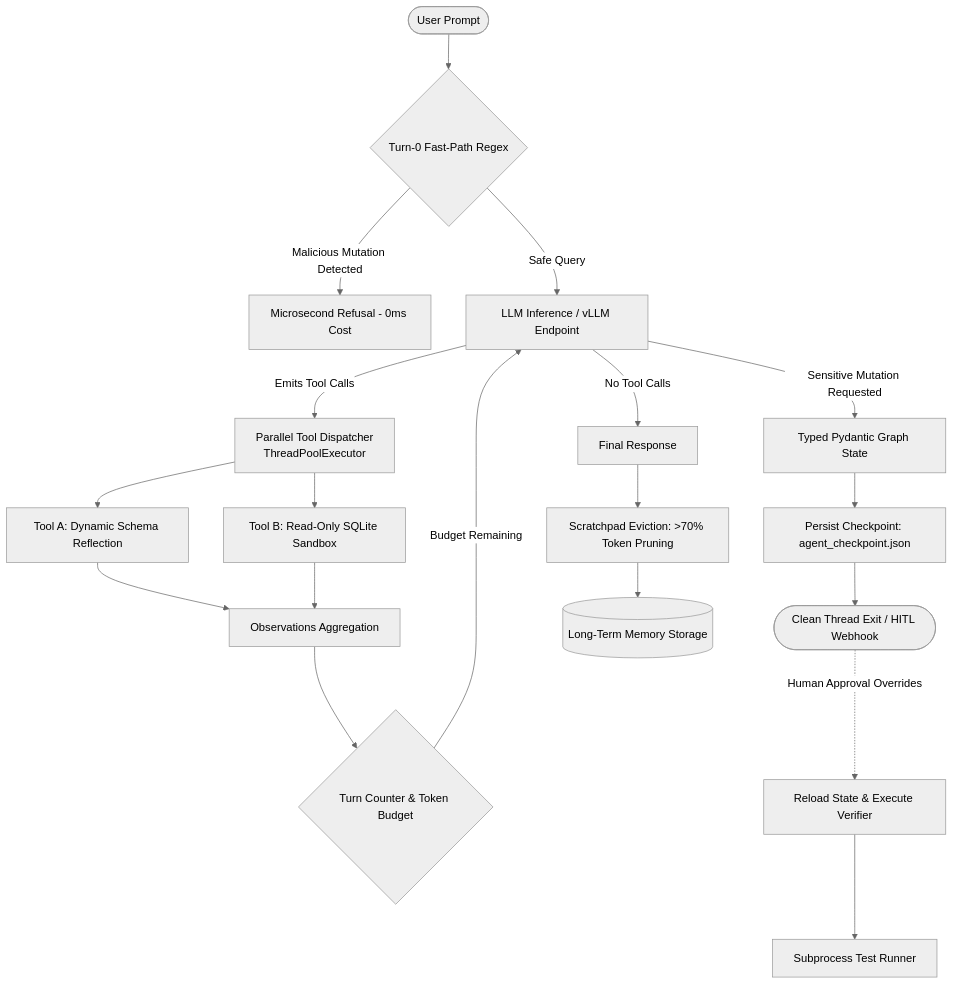
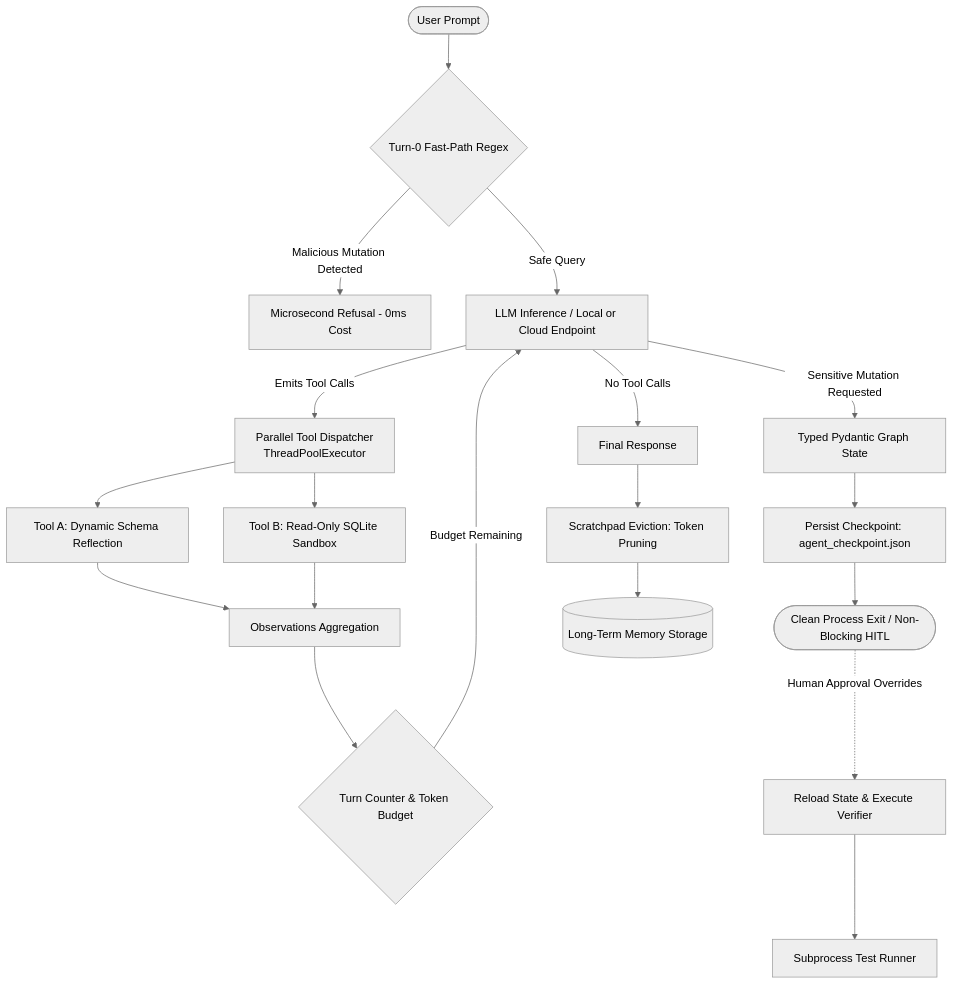
The diagram in README.md (airawatraj/minimal-agentic-ai), drawn with Mermaid (neutral theme) before and after one commit. The commit also changed other lines of this file and 1 other file, not shown here.

````diff
--- a/README.md
+++ b/README.md
@@ -35,31 +40,31 @@
 ```mermaid
 flowchart TD
     User([User Prompt]) --> Turn0{Turn-0 Fast-Path Regex}
     
     %% Fast path
     Turn0 -- Malicious Mutation Detected --> Refusal[Microsecond Refusal - 0ms Cost]
     
     %% Standard path
-    Turn0 -- Safe Query --> LLM[LLM Inference / vLLM Endpoint]
+    Turn0 -- Safe Query --> LLM[LLM Inference / Local or Cloud Endpoint]
     
     %% Tool execution branch
     LLM -- Emits Tool Calls --> Dispatcher[Parallel Tool Dispatcher\nThreadPoolExecutor]
     Dispatcher --> Tool1[Tool A: Dynamic Schema Reflection]
     Dispatcher --> Tool2[Tool B: Read-Only SQLite Sandbox]
     Tool1 --> Observations[Observations Aggregation]
     Tool2 --> Observations
     Observations --> ReActLoop{Turn Counter & Token Budget}
     ReActLoop -- Budget Remaining --> LLM
     
     %% State suspension branch
     LLM -- Sensitive Mutation Requested --> StateNode[Typed Pydantic Graph State]
     StateNode --> Suspended[Persist Checkpoint: agent_checkpoint.json]
-    Suspended --> Exit([Clean Thread Exit / HITL Webhook])
+    Suspended --> Exit([Clean Process Exit / Non-Blocking HITL])
     Exit -. Human Approval Overrides .-> Resumed[Reload State & Execute Verifier]
     Resumed --> Subprocess[Subprocess Test Runner]
     
     %% Final answer & compaction
     LLM -- No Tool Calls --> Final[Final Response]
-    Final --> Eviction[Scratchpad Eviction: >70% Token Pruning]
+    Final --> Eviction[Scratchpad Eviction: Token Pruning]
     Eviction --> Memory[(Long-Term Memory Storage)]
 ```
````
